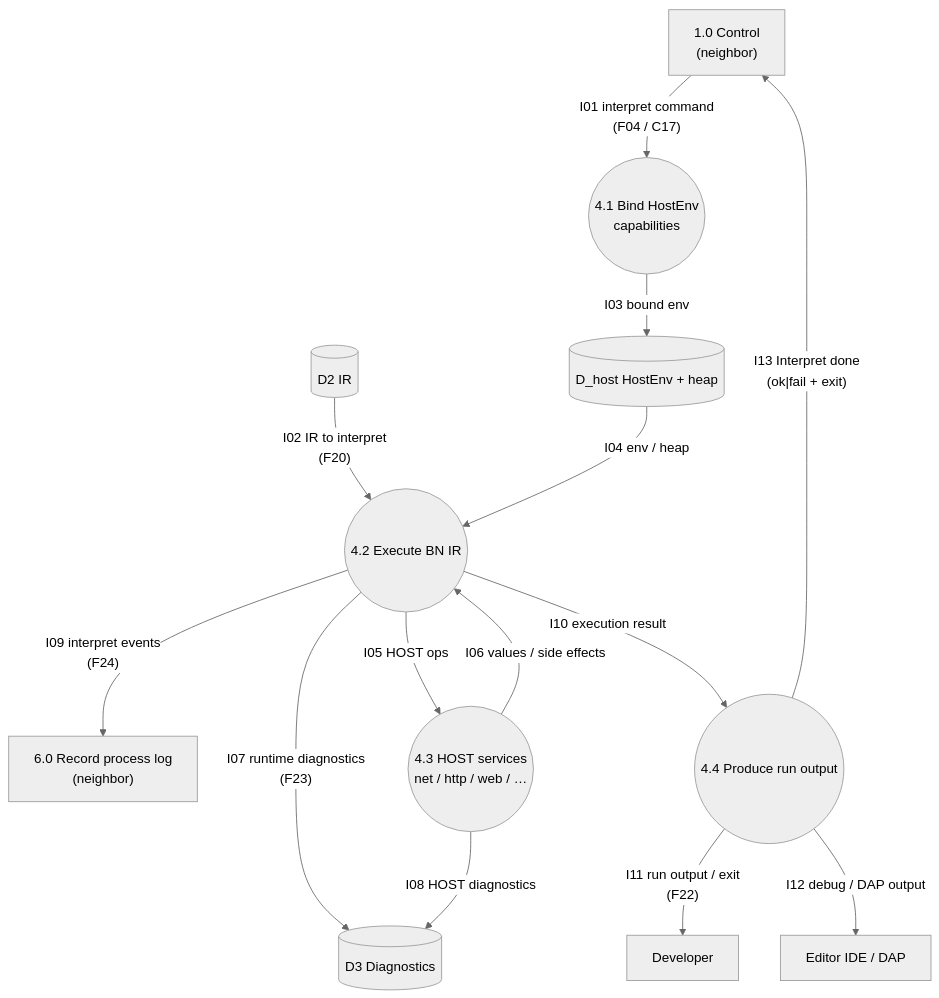
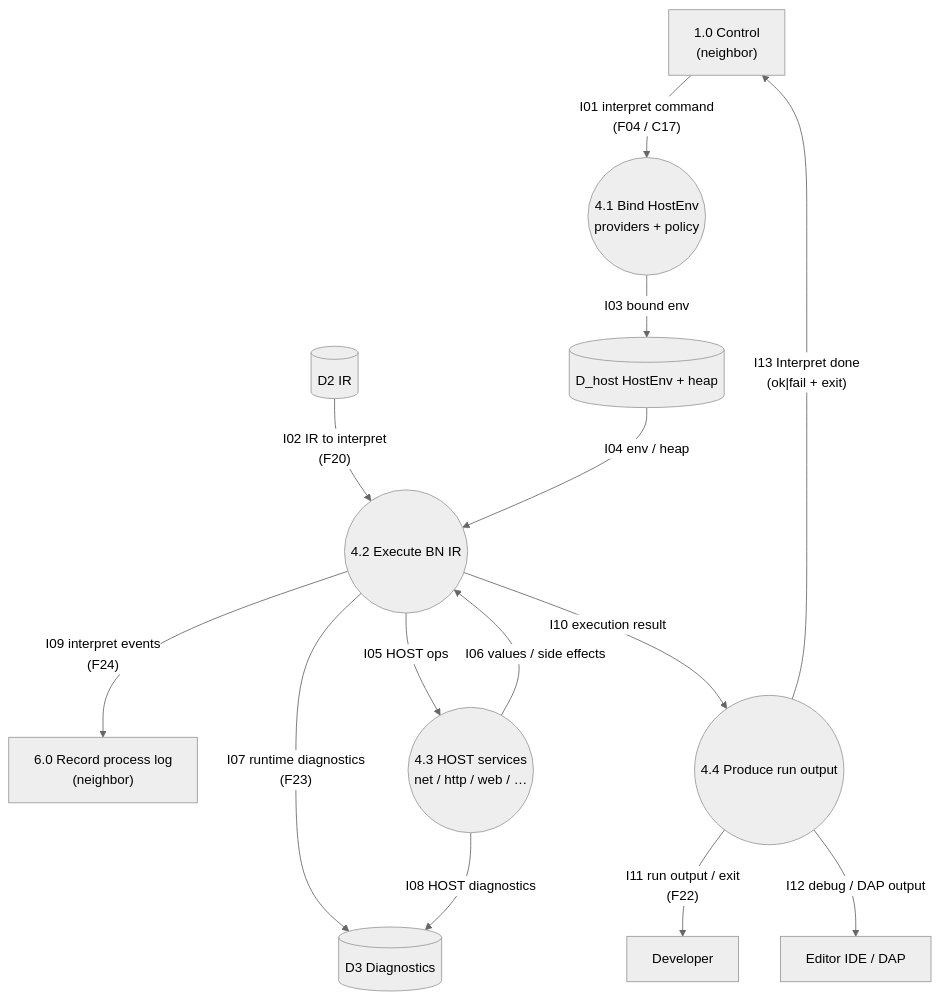
Before and after one commit to cquintella/BasicNext: the diagram in docs/architecture/dfd/dfd-2/4.0 Interpret IR.md, drawn with Mermaid (neutral theme). The commit also changed other lines of this file and 82 other files, not shown here.

````diff
--- a/docs/architecture/dfd/dfd-2/4.0 Interpret IR.md
+++ b/docs/architecture/dfd/dfd-2/4.0 Interpret IR.md
@@ -16,30 +16,30 @@
 ```mermaid
 flowchart TB
   P1["1.0 Control<br/>(neighbor)"]
   P6["6.0 Record process log<br/>(neighbor)"]
   Dev["Developer"]
   IDE["Editor IDE / DAP"]
 
-  P41(("4.1 Bind HostEnv<br/>capabilities"))
+  P41(("4.1 Bind HostEnv<br/>providers + policy"))
   P42(("4.2 Execute BN IR"))
   P43(("4.3 HOST services<br/>net / http / web / …"))
   P44(("4.4 Produce run output"))
 
   D2[("D2 IR")]
   D_host[("D_host HostEnv + heap")]
   D3[("D3 Diagnostics")]
 
   P1 -->|"I01 interpret command<br/>(F04 / C17)"| P41
   D2 -->|"I02 IR to interpret<br/>(F20)"| P42
   P41 -->|"I03 bound env"| D_host
   D_host -->|"I04 env / heap"| P42
   P42 -->|"I05 HOST ops"| P43
   P43 -->|"I06 values / side effects"| P42
   P42 -->|"I07 runtime diagnostics<br/>(F23)"| D3
   P43 -->|"I08 HOST diagnostics"| D3
   P42 -->|"I09 interpret events<br/>(F24)"| P6
   P42 -->|"I10 execution result"| P44
   P44 -->|"I11 run output / exit<br/>(F22)"| Dev
   P44 -->|"I12 debug / DAP output"| IDE
   P44 -->|"I13 Interpret done<br/>(ok|fail + exit)"| P1
 ```
````
